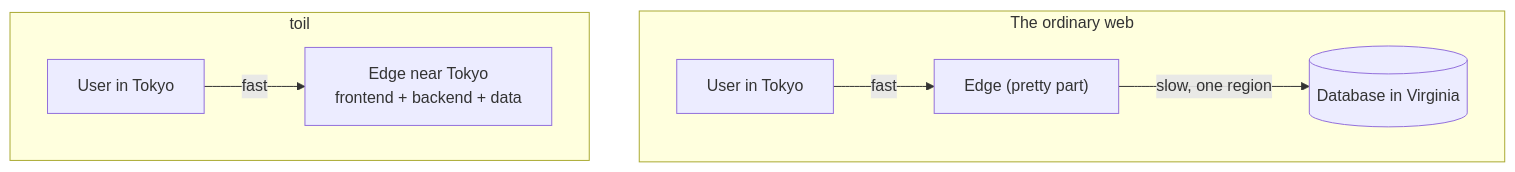
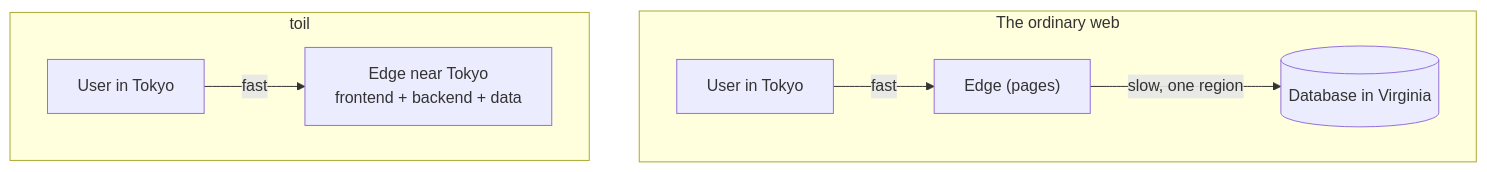
One commit to dacely-cloud/toiljs changed the diagram in docs/introduction/README.md. Above: the diagram before and after it, drawn with Mermaid. The commit also changed other lines of this file and 8 other files, not shown here.

````diff
--- a/docs/introduction/README.md
+++ b/docs/introduction/README.md
@@ -13,10 +27,10 @@
 ```mermaid
 flowchart TB
     subgraph Ordinary["The ordinary web"]
-        U1["User in Tokyo"] -->|fast| E1["Edge (pretty part)"]
+        U1["User in Tokyo"] -->|fast| E1["Edge (pages)"]
         E1 -->|slow, one region| DB1[("Database in Virginia")]
     end
     subgraph Toil["toil"]
         U2["User in Tokyo"] -->|fast| E2["Edge near Tokyo<br/>frontend + backend + data"]
     end
 ```
````
